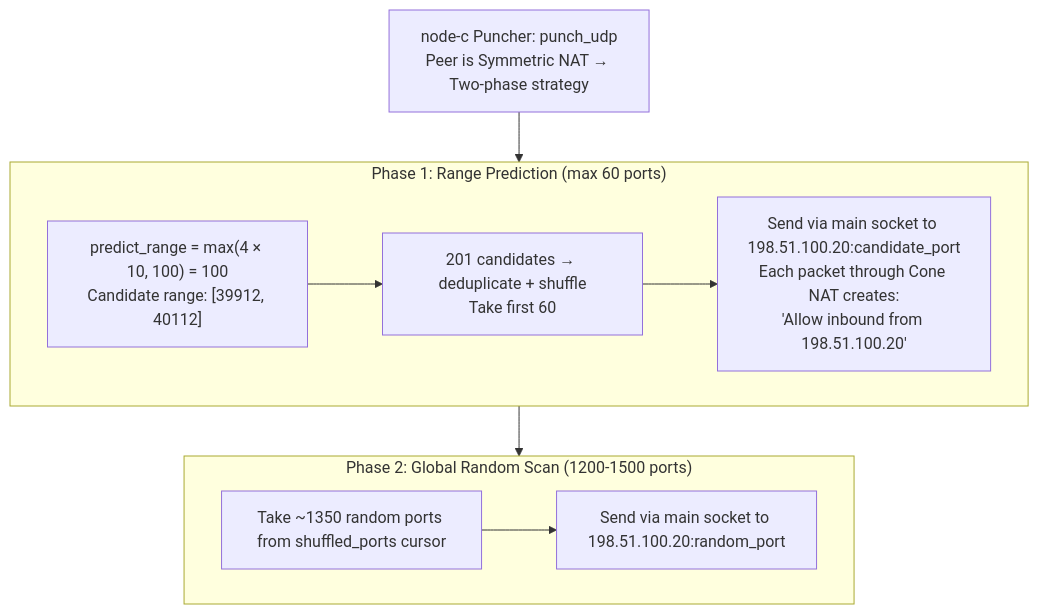
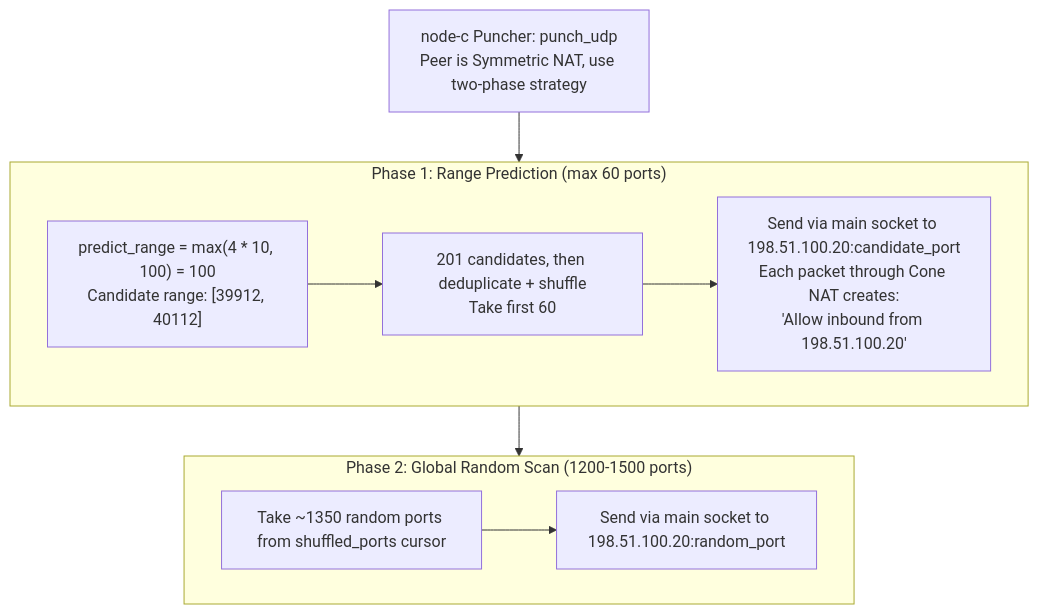
One commit to rustp2p/rustp2p changed diagram 18 of 27 in docs/nat-punch-principles.md. Above: the diagram before and after it, drawn with Mermaid. The commit also changed other lines of this file, not shown here.

Commit message:
docs: harden mermaid labels after section 5.3 for renderer compatibility

````diff
--- a/docs/nat-punch-principles.md
+++ b/docs/nat-punch-principles.md
@@ -592,21 +592,21 @@
 ```mermaid
 flowchart TD
-    START["node-c Puncher: punch_udp<br/>Peer is Symmetric NAT → Two-phase strategy"]
+    START["node-c Puncher: punch_udp<br/>Peer is Symmetric NAT, use two-phase strategy"]
 
     subgraph P1["Phase 1: Range Prediction (max 60 ports)"]
-        P1A["predict_range = max(4 × 10, 100) = 100<br/>Candidate range: [39912, 40112]"]
-        P1B["201 candidates → deduplicate + shuffle<br/>Take first 60"]
+        P1A["predict_range = max(4 * 10, 100) = 100<br/>Candidate range: [39912, 40112]"]
+        P1B["201 candidates, then deduplicate + shuffle<br/>Take first 60"]
         P1C["Send via main socket to 198.51.100.20:candidate_port<br/>Each packet through Cone NAT creates:<br/>'Allow inbound from 198.51.100.20'"]
         P1A --> P1B
         P1B --> P1C
     end
 
     subgraph P2["Phase 2: Global Random Scan (1200-1500 ports)"]
         P2A["Take ~1350 random ports from shuffled_ports cursor"]
         P2B["Send via main socket to 198.51.100.20:random_port"]
         P2A --> P2B
     end
 
     START --> P1
     P1 --> P2
 ```
````
